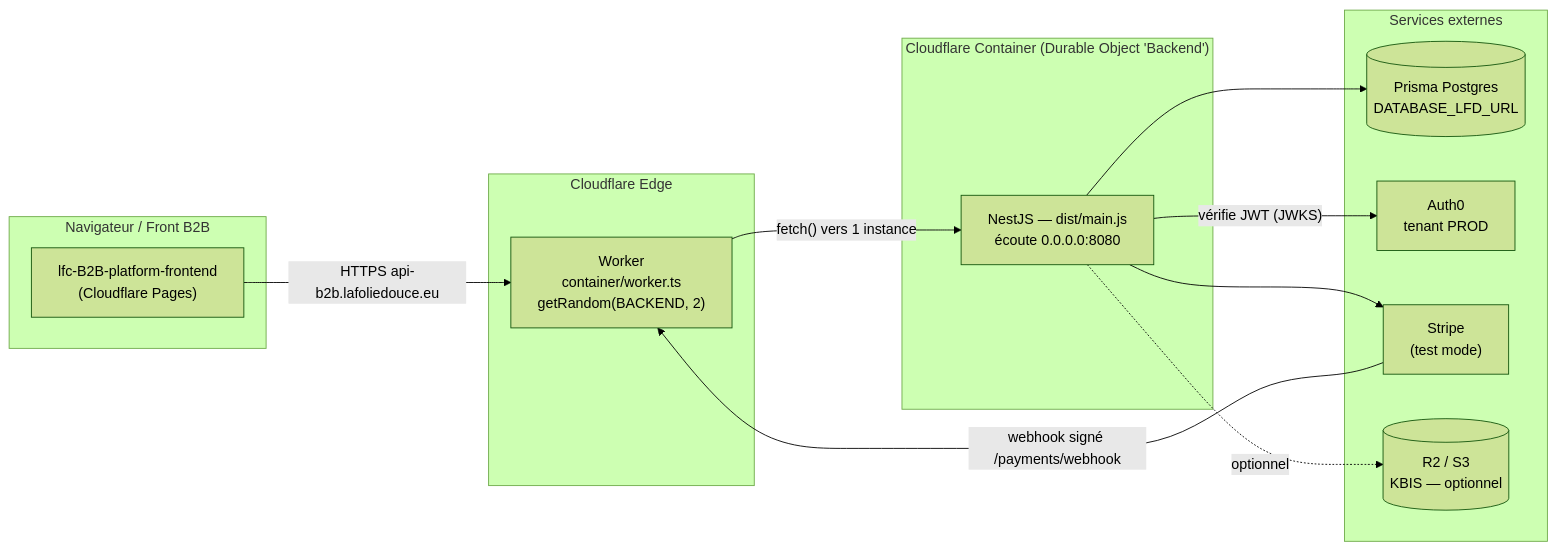
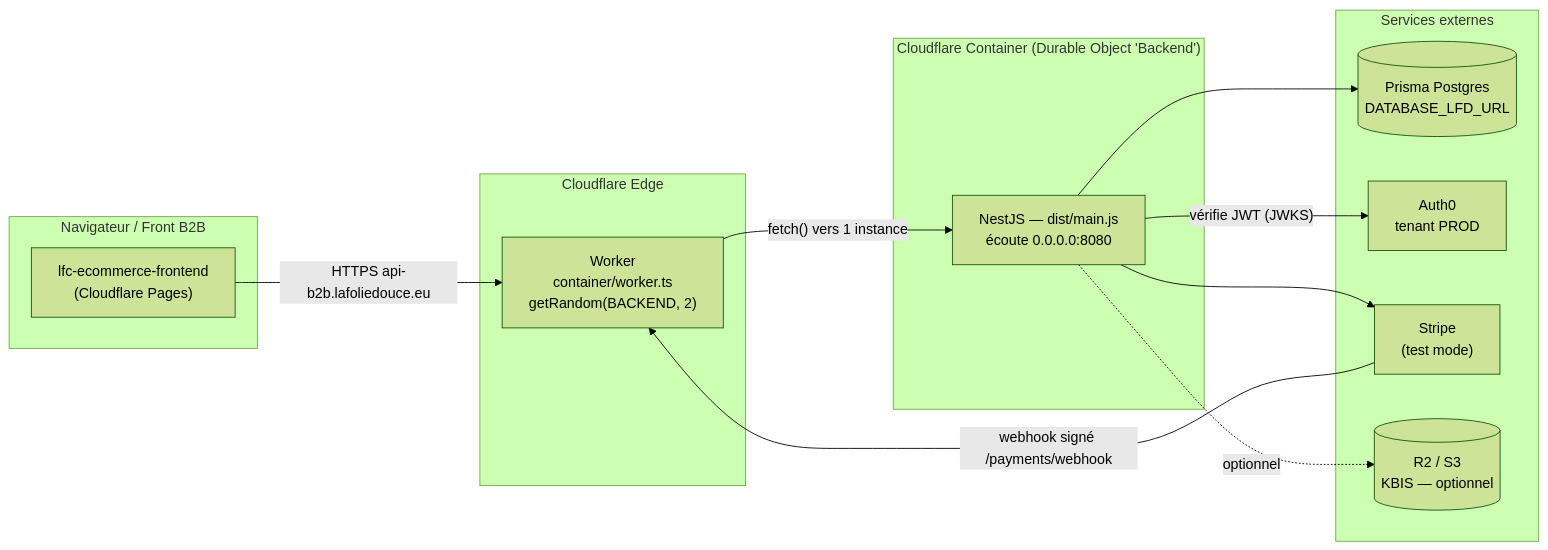
Before and after one commit to hugoheynard/lfd: the first of 6 diagrams in documentation/ci-cd/b2b_backend_deploy.md, drawn with Mermaid (forest theme). The commit also changed 2132 other files, not shown here.

````diff
--- a/documentation/ci-cd/b2b_backend_deploy.md
+++ b/documentation/ci-cd/b2b_backend_deploy.md
@@ -32,29 +32,29 @@
 ```mermaid
 flowchart LR
     subgraph client["Navigateur / Front B2B"]
-        FE["lfc-B2B-platform-frontend<br/>(Cloudflare Pages)"]
+        FE["lfc-ecommerce-frontend<br/>(Cloudflare Pages)"]
     end
 
     subgraph edge["Cloudflare Edge"]
         W["Worker<br/>container/worker.ts<br/>getRandom(BACKEND, 2)"]
     end
 
     subgraph run["Cloudflare Container (Durable Object 'Backend')"]
         API["NestJS — dist/main.js<br/>écoute 0.0.0.0:8080"]
     end
 
     subgraph ext["Services externes"]
         DB[("Prisma Postgres<br/>DATABASE_LFD_URL")]
         A0["Auth0<br/>tenant PROD"]
         ST["Stripe<br/>(test mode)"]
         R2[("R2 / S3<br/>KBIS — optionnel")]
     end
 
     FE -->|"HTTPS api-b2b.lafoliedouce.eu"| W
     W -->|"fetch() vers 1 instance"| API
     ST -->|"webhook signé /payments/webhook"| W
     API --> DB
     API -->|"vérifie JWT (JWKS)"| A0
     API --> ST
     API -. optionnel .-> R2
 ```
````
